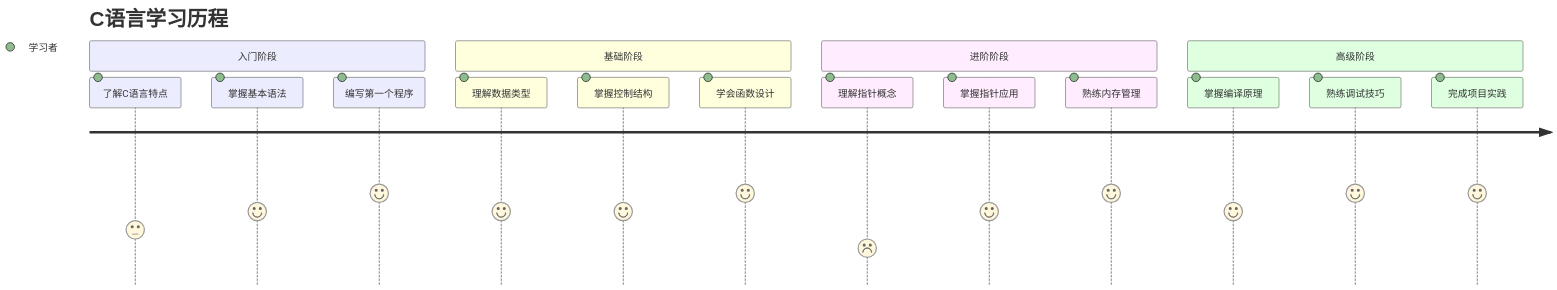
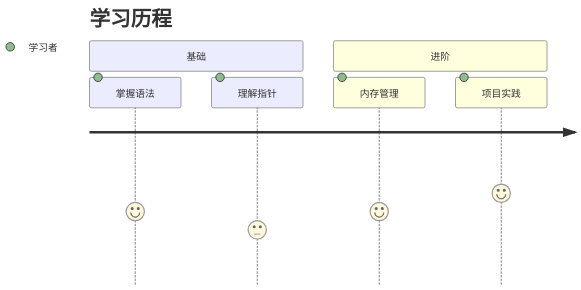
Diagram 13 of 15 in README.md (hulu798/C-Notes), drawn with Mermaid before and after one commit. The commit also changed other lines of this file, not shown here.

````diff
--- a/README.md
+++ b/README.md
@@ -641,20 +450,10 @@
 ```mermaid
 journey
-    title C语言学习历程
-    section 入门阶段
-      了解C语言特点      : 3: 学习者
-      掌握基本语法       : 4: 学习者
-      编写第一个程序     : 5: 学习者
-    section 基础阶段
-      理解数据类型       : 4: 学习者
-      掌握控制结构       : 4: 学习者
-      学会函数设计       : 5: 学习者
-    section 进阶阶段
-      理解指针概念       : 2: 学习者
-      掌握指针应用       : 4: 学习者
-      熟练内存管理       : 5: 学习者
-    section 高级阶段
-      掌握编译原理       : 4: 学习者
-      熟练调试技巧       : 5: 学习者
-      完成项目实践       : 5: 学习者
+    title 学习历程
+    section 基础
+      掌握语法 : 4: 学习者
+      理解指针 : 3: 学习者
+    section 进阶
+      内存管理 : 4: 学习者
+      项目实践 : 5: 学习者
 ```
````
